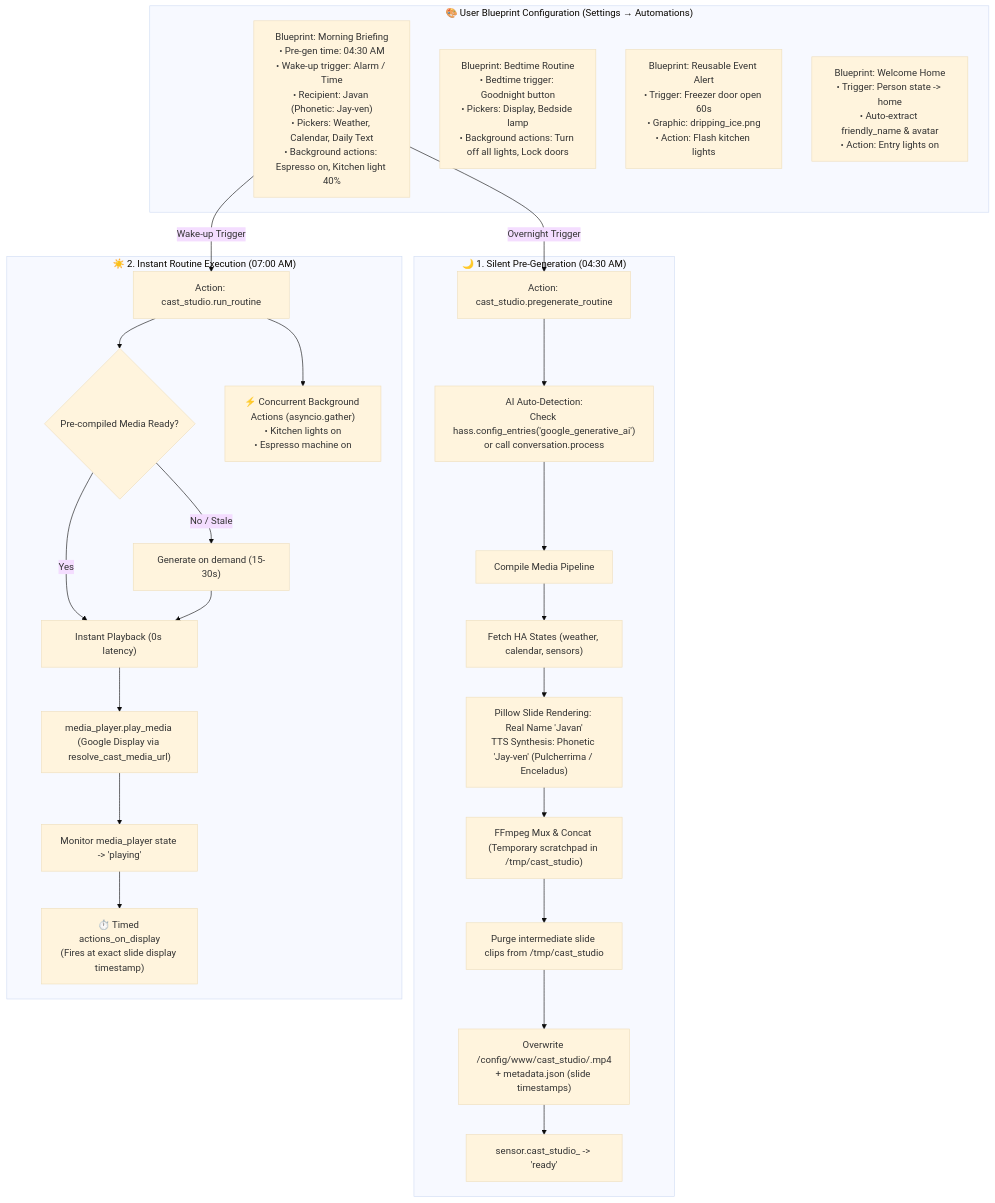
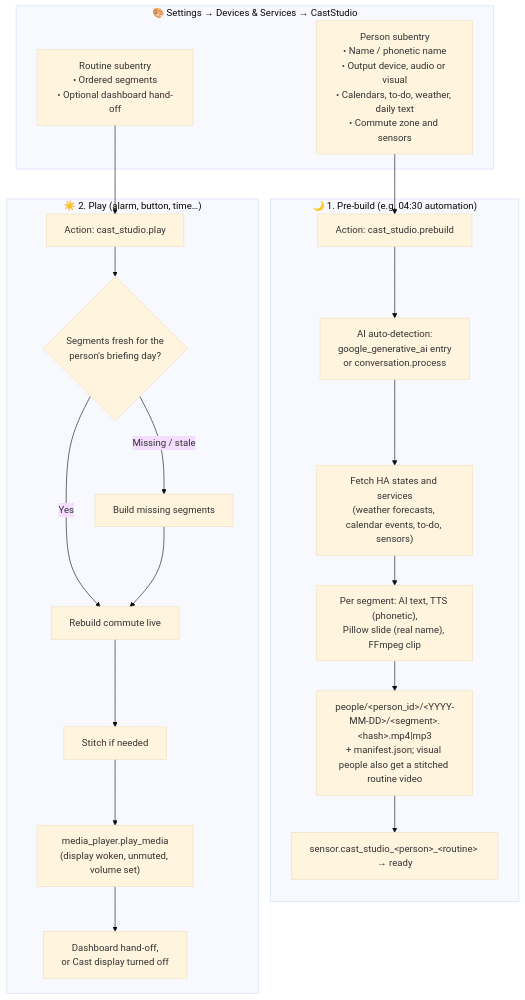
The diagram in SPEC.md (javand/ha-cast-studio), drawn with Mermaid (base theme) before and after one commit. The commit also changed other lines of this file and 52 other files, not shown here.

First line of the commit message:
feat!: multi-person briefings with pre-built segments

````diff
--- a/SPEC.md
+++ b/SPEC.md
@@ -38,34 +27,26 @@
 ```mermaid
 flowchart TD
-    subgraph UI["🎨 User Blueprint Configuration (Settings → Automations)"]
-        BP1["Blueprint: Morning Briefing<br/>• Pre-gen time: 04:30 AM<br/>• Wake-up trigger: Alarm / Time<br/>• Recipient: Javan (Phonetic: Jay-ven)<br/>• Pickers: Weather, Calendar, Daily Text<br/>• Background actions: Espresso on, Kitchen light 40%"]
-        BP2["Blueprint: Bedtime Routine<br/>• Bedtime trigger: Goodnight button<br/>• Pickers: Display, Bedside lamp<br/>• Background actions: Turn off all lights, Lock doors"]
-        BP3["Blueprint: Reusable Event Alert<br/>• Trigger: Freezer door open 60s<br/>• Graphic: dripping_ice.png<br/>• Action: Flash kitchen lights"]
-        BP4["Blueprint: Welcome Home<br/>• Trigger: Person state -> home<br/>• Auto-extract friendly_name & avatar<br/>• Action: Entry lights on"]
+    subgraph UI["🎨 Settings → Devices & Services → CastStudio"]
+        P["Person subentry<br/>• Name / phonetic name<br/>• Output device, audio or visual<br/>• Calendars, to-do, weather, daily text<br/>• Commute zone and sensors"]
+        R["Routine subentry<br/>• Ordered segments<br/>• Optional dashboard hand-off"]
     end
 
-    subgraph Overnight["🌙 1. Silent Pre-Generation (04:30 AM)"]
-        BP1 -->|Overnight Trigger| S1["Action: cast_studio.pregenerate_routine"]
-        S1 --> AutoAI["AI Auto-Detection:<br/>Check hass.config_entries('google_generative_ai')<br/>or call conversation.process"]
-        AutoAI --> Gen["Compile Media Pipeline"]
-        Gen --> Data["Fetch HA States (weather, calendar, sensors)"]
-        Data --> Render["Pillow Slide Rendering: Real Name 'Javan'<br/>TTS Synthesis: Phonetic 'Jay-ven' (Pulcherrima / Enceladus)"]
-        Render --> Mux["FFmpeg Mux & Concat (Temporary scratchpad in /tmp/cast_studio)"]
-        Mux --> CleanTemp["Purge intermediate slide clips from /tmp/cast_studio"]
-        CleanTemp --> Disk["Overwrite /config/www/cast_studio/<routine>.mp4<br/>+ metadata.json (slide timestamps)"]
-        Disk --> Sensor["sensor.cast_studio_<routine> -> 'ready'"]
+    subgraph Overnight["🌙 1. Pre-build (e.g. 04:30 automation)"]
+        S1["Action: cast_studio.prebuild"] --> AutoAI["AI auto-detection:<br/>google_generative_ai entry<br/>or conversation.process"]
+        AutoAI --> Data["Fetch HA states and services<br/>(weather forecasts, calendar events, to-do, sensors)"]
+        Data --> Render["Per segment: AI text, TTS (phonetic),<br/>Pillow slide (real name), FFmpeg clip"]
+        Render --> Disk["people/&lt;person_id&gt;/&lt;YYYY-MM-DD&gt;/&lt;segment&gt;.&lt;hash&gt;.mp4|mp3<br/>+ manifest.json; visual people also get a stitched routine video"]
+        Disk --> Sensor["sensor.cast_studio_&lt;person&gt;_&lt;routine&gt; → ready"]
     end
 
-    subgraph Wakeup["☀️ 2. Instant Routine Execution (07:00 AM)"]
-        BP1 -->|Wake-up Trigger| S2["Action: cast_studio.run_routine"]
-        S2 --> Check{"Pre-compiled Media Ready?"}
-        Check -->|Yes| InstantPlay["Instant Playback (0s latency)"]
-        Check -->|No / Stale| GenOnDemand["Generate on demand (15-30s)"] --> InstantPlay
+    subgraph Wakeup["☀️ 2. Play (alarm, button, time…)"]
+        S2["Action: cast_studio.play"] --> Fresh{"Segments fresh for the<br/>person's briefing day?"}
+        Fresh -->|Yes| Live["Rebuild commute live"]
+        Fresh -->|Missing / stale| Build["Build missing segments"] --> Live
+        Live --> Stitch["Stitch if needed"] --> Cast["media_player.play_media<br/>(display woken, unmuted, volume set)"]
+        Cast --> End["Dashboard hand-off,<br/>or Cast display turned off"]
+    end
 
-        S2 --> Par["⚡ Concurrent Background Actions (asyncio.gather)<br/>• Kitchen lights on<br/>• Espresso machine on"]
-        
-        InstantPlay --> Cast["media_player.play_media (Google Display via resolve_cast_media_url)"]
-        Cast --> Track["Monitor media_player state -> 'playing'"]
-        Track --> TimedActions["⏱️ Timed actions_on_display<br/>(Fires at exact slide display timestamp)"]
-    end
+    P --> S1
+    R --> S2
 ```
````
